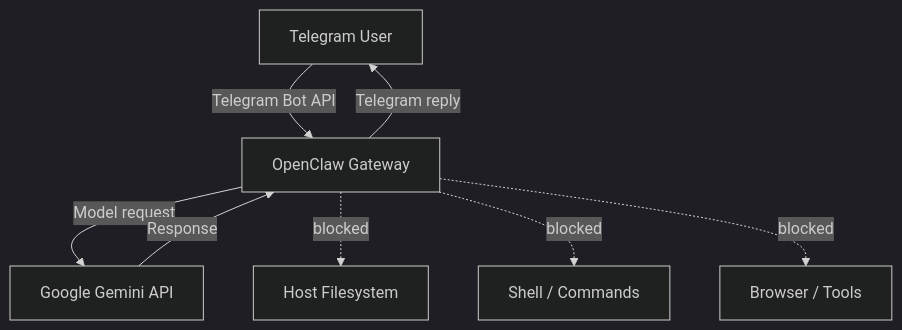
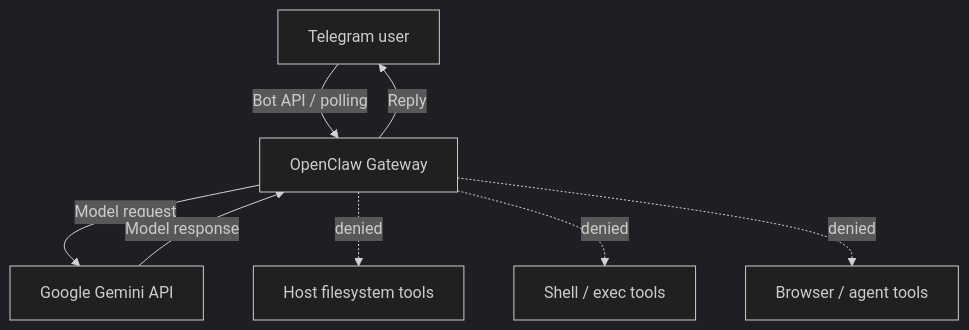
Before and after one commit to dozyanka/openclaw-telegram-cloud: the diagram in README.md, drawn with Mermaid (dark theme). The commit also changed other lines of this file and 6 other files, not shown here.

````diff
--- a/README.md
+++ b/README.md
@@ -31,19 +31,11 @@
 ```mermaid
 flowchart TD
-    TG[Telegram User]
-    OC[OpenClaw Gateway]
-    AI[Google Gemini API]
+    TG[Telegram user] -->|Bot API / polling| OC[OpenClaw Gateway]
+    OC -->|Model request| AI[Google Gemini API]
+    AI -->|Model response| OC
+    OC -->|Reply| TG
 
-    TG -->|Telegram Bot API| OC
-    OC -->|Model request| AI
-    AI -->|Response| OC
-    OC -->|Telegram reply| TG
-
-    FS[Host Filesystem]
-    SH[Shell / Commands]
-    BR[Browser / Tools]
-
-    OC -. blocked .-> FS
-    OC -. blocked .-> SH
-    OC -. blocked .-> BR
+    OC -. denied .-> FS[Host filesystem tools]
+    OC -. denied .-> SH[Shell / exec tools]
+    OC -. denied .-> BR[Browser / agent tools]
 ```
````
